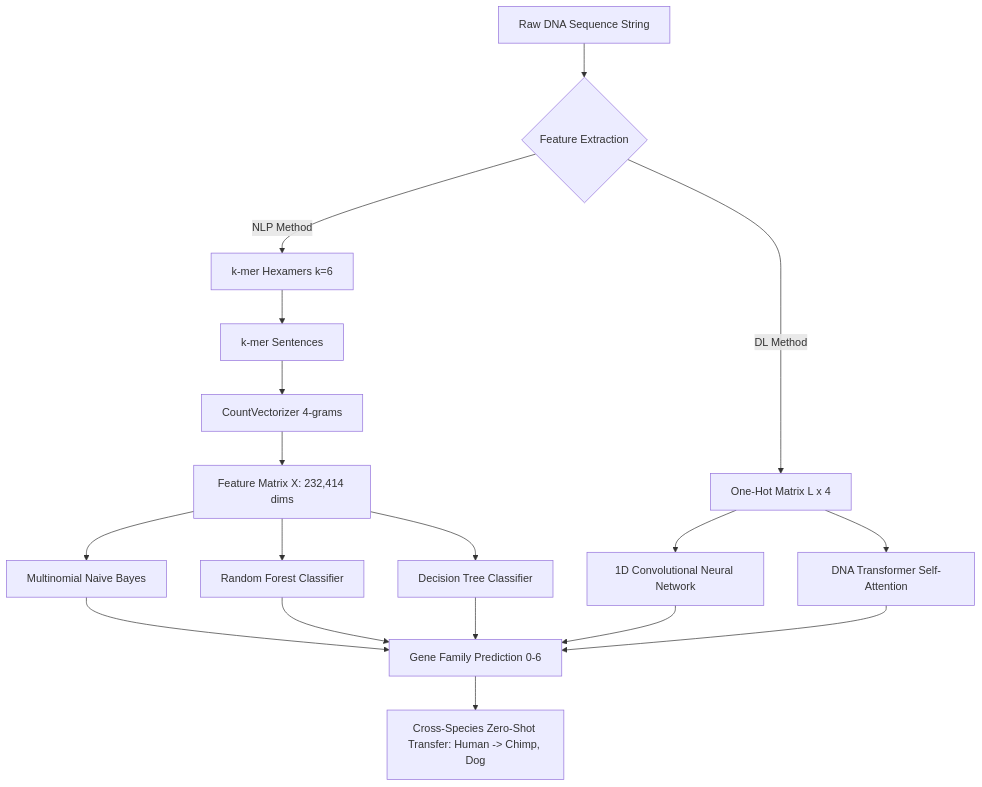
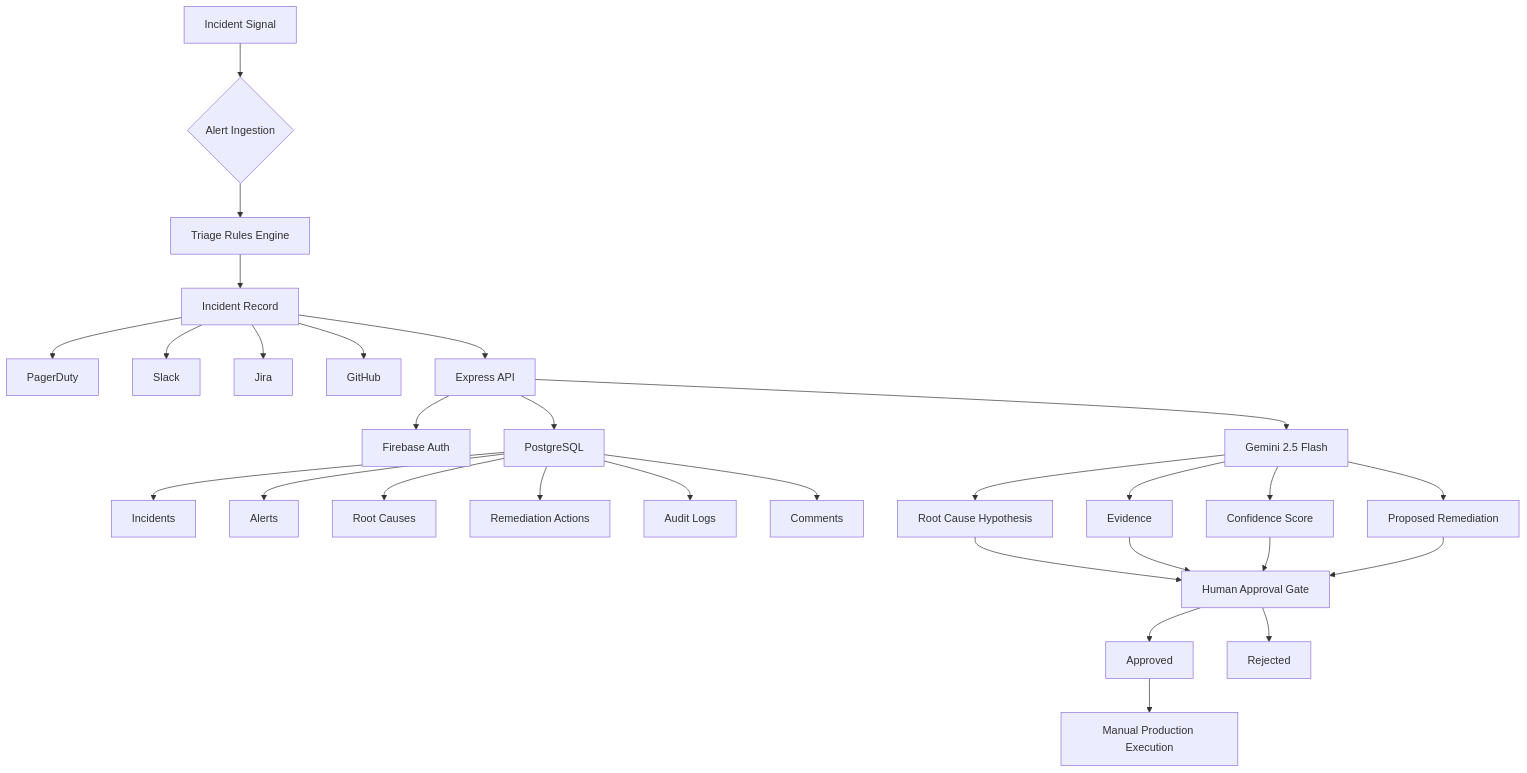
Before and after one commit to raahuldatta/DNA-Sequencing-using-Machine-Learning-and-Deep-Learning-Algorithms: the diagram in README.md, drawn with Mermaid. The commit also changed other lines of this file, not shown here.

````diff
--- a/README.md
+++ b/README.md
@@ -97,24 +327,43 @@
 ```mermaid
 flowchart TD
-    A[Raw DNA Sequence String] --> B{Feature Extraction}
 
-    B -->|NLP Method| C[k-mer Hexamers k=6]
-    C --> D[k-mer Sentences]
-    D --> E[CountVectorizer 4-grams]
-    E --> F[Feature Matrix X: 232,414 dims]
-    F --> G1[Multinomial Naive Bayes]
-    F --> G2[Random Forest Classifier]
-    F --> G3[Decision Tree Classifier]
+    A[Incident Signal] --> B{Alert Ingestion}
 
-    B -->|DL Method| H[One-Hot Matrix L x 4]
-    H --> I1[1D Convolutional Neural Network]
-    H --> I2[DNA Transformer Self-Attention]
+    B --> C[Triage Rules Engine]
 
-    G1 --> J[Gene Family Prediction 0-6]
-    G2 --> J
-    G3 --> J
-    I1 --> J
-    I2 --> J
+    C --> D[Incident Record]
 
-    J --> K[Cross-Species Zero-Shot Transfer: Human -> Chimp, Dog]
+    D --> E1[PagerDuty]
+    D --> E2[Slack]
+    D --> E3[Jira]
+    D --> E4[GitHub]
+
+    D --> F[Express API]
+
+    F --> G[Firebase Auth]
+
+    F --> H[PostgreSQL]
+    H --> H1[Incidents]
+    H --> H2[Alerts]
+    H --> H3[Root Causes]
+    H --> H4[Remediation Actions]
+    H --> H5[Audit Logs]
+    H --> H6[Comments]
+
+    F --> I[Gemini 2.5 Flash]
+
+    I --> J[Root Cause Hypothesis]
+    I --> K[Evidence]
+    I --> L[Confidence Score]
+    I --> M[Proposed Remediation]
+
+    J --> N[Human Approval Gate]
+    K --> N
+    L --> N
+    M --> N
+
+    N --> O[Approved]
+    N --> P[Rejected]
+
+    O --> Q[Manual Production Execution]
 ```
````
